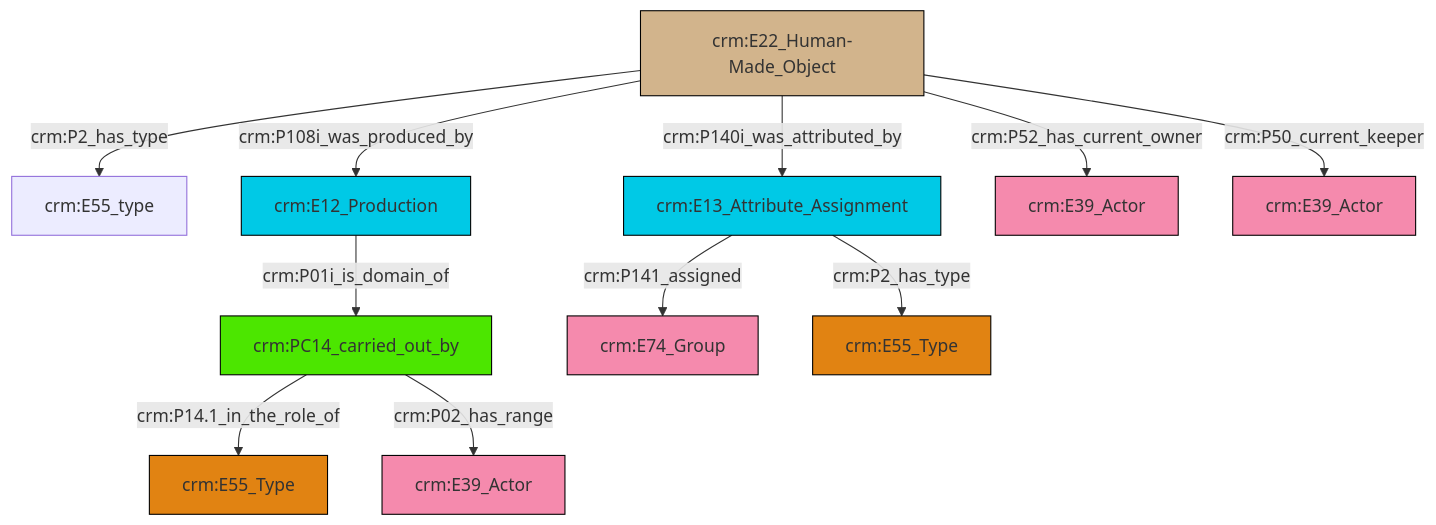
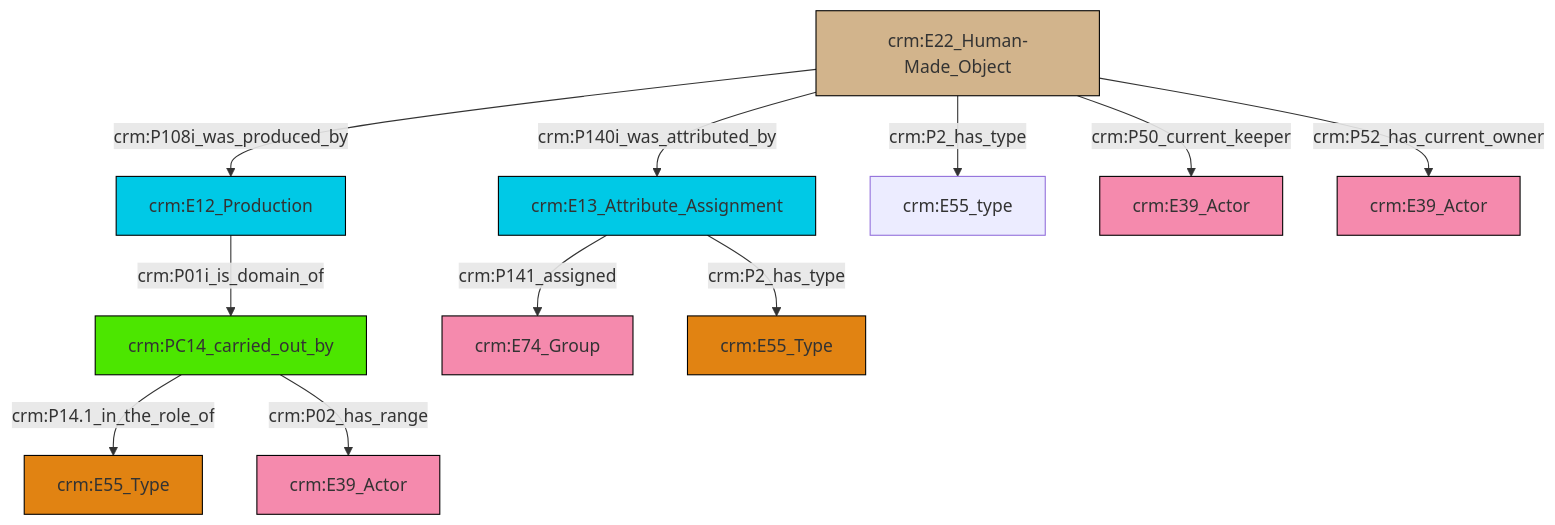
The diagram in et/artworkCSV/ttl/mmd/Artwork_Actor_Relations.ttl.mmd (swiss-art-research-net/docs.swissartresearch), drawn with Mermaid before and after one commit. The commit also changed 180 other files, not shown here.

```diff
--- a/et/artworkCSV/ttl/mmd/Artwork_Actor_Relations.ttl.mmd
+++ b/et/artworkCSV/ttl/mmd/Artwork_Actor_Relations.ttl.mmd
@@ -1,25 +1,25 @@
 graph TD
 classDef Literal fill:#f2f2f2,stroke:#000000;
 classDef CRM_Entity fill:#FFFFFF,stroke:#000000;
 classDef Temporal_Entity fill:#00C9E6, stroke:#000000;
 classDef Type fill:#E18312, stroke:#000000;
 classDef Time-Span fill:#2C9C91, stroke:#000000;
 classDef Appellation fill:#FFEB7F, stroke:#000000;
 classDef Place fill:#008836, stroke:#000000;
 classDef Persistent_Item fill:#B266B2, stroke:#000000;
 classDef Conceptual_Object fill:#FFD700, stroke:#000000;
 classDef Physical_Thing fill:#D2B48C, stroke:#000000;
 classDef Actor fill:#f58aad, stroke:#000000;
 classDef PC_Classes fill:#4ce600, stroke:#000000;
 classDef Multi fill:#cccccc,stroke:#000000;
 
-0["crm:PC14_carried_out_by"]:::PC_Classes -->|crm:P14.1_in_the_role_of| 1["crm:E55_Type"]:::Type
-4["crm:E22_Human-Made_Object"]:::Physical_Thing -->|crm:P2_has_type| 5["crm:E55_type"]:::Default
-6["crm:E13_Attribute_Assignment"]:::Temporal_Entity -->|crm:P2_has_type| 7["crm:E55_Type"]:::Type
-4["crm:E22_Human-Made_Object"]:::Physical_Thing -->|crm:P108i_was_produced_by| 10["crm:E12_Production"]:::Temporal_Entity
-10["crm:E12_Production"]:::Temporal_Entity -->|crm:P01i_is_domain_of| 0["crm:PC14_carried_out_by"]:::PC_Classes
-4["crm:E22_Human-Made_Object"]:::Physical_Thing -->|crm:P52_has_current_owner| 11["crm:E39_Actor"]:::Actor
-0["crm:PC14_carried_out_by"]:::PC_Classes -->|crm:P02_has_range| 16["crm:E39_Actor"]:::Actor
-6["crm:E13_Attribute_Assignment"]:::Temporal_Entity -->|crm:P141_assigned| 2["crm:E74_Group"]:::Actor
-4["crm:E22_Human-Made_Object"]:::Physical_Thing -->|crm:P140i_was_attributed_by| 6["crm:E13_Attribute_Assignment"]:::Temporal_Entity
-4["crm:E22_Human-Made_Object"]:::Physical_Thing -->|crm:P50_current_keeper| 17["crm:E39_Actor"]:::Actor
+0["crm:E12_Production"]:::Temporal_Entity -->|crm:P01i_is_domain_of| 1["crm:PC14_carried_out_by"]:::PC_Classes
+2["crm:E22_Human-Made_Object"]:::Physical_Thing -->|crm:P108i_was_produced_by| 0["crm:E12_Production"]:::Temporal_Entity
+1["crm:PC14_carried_out_by"]:::PC_Classes -->|crm:P14.1_in_the_role_of| 4["crm:E55_Type"]:::Type
+5["crm:E13_Attribute_Assignment"]:::Temporal_Entity -->|crm:P141_assigned| 6["crm:E74_Group"]:::Actor
+2["crm:E22_Human-Made_Object"]:::Physical_Thing -->|crm:P2_has_type| 7["crm:E55_type"]:::Default
+2["crm:E22_Human-Made_Object"]:::Physical_Thing -->|crm:P50_current_keeper| 11["crm:E39_Actor"]:::Actor
+5["crm:E13_Attribute_Assignment"]:::Temporal_Entity -->|crm:P2_has_type| 16["crm:E55_Type"]:::Type
+1["crm:PC14_carried_out_by"]:::PC_Classes -->|crm:P02_has_range| 14["crm:E39_Actor"]:::Actor
+2["crm:E22_Human-Made_Object"]:::Physical_Thing -->|crm:P52_has_current_owner| 18["crm:E39_Actor"]:::Actor
+2["crm:E22_Human-Made_Object"]:::Physical_Thing -->|crm:P140i_was_attributed_by| 5["crm:E13_Attribute_Assignment"]:::Temporal_Entity
```
